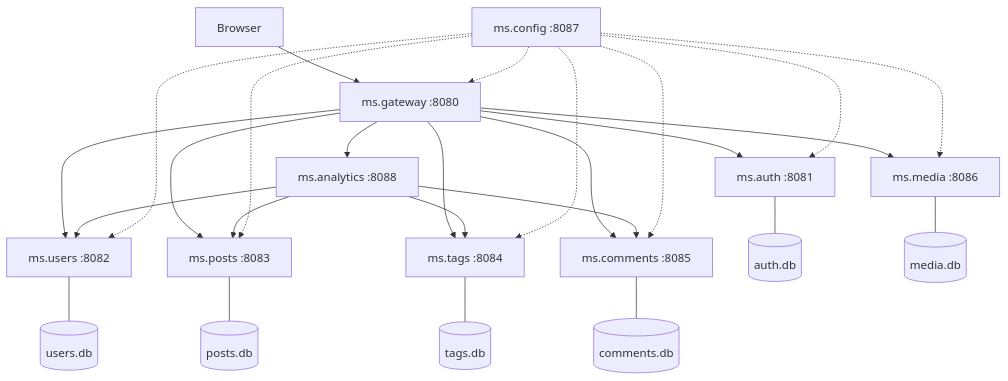
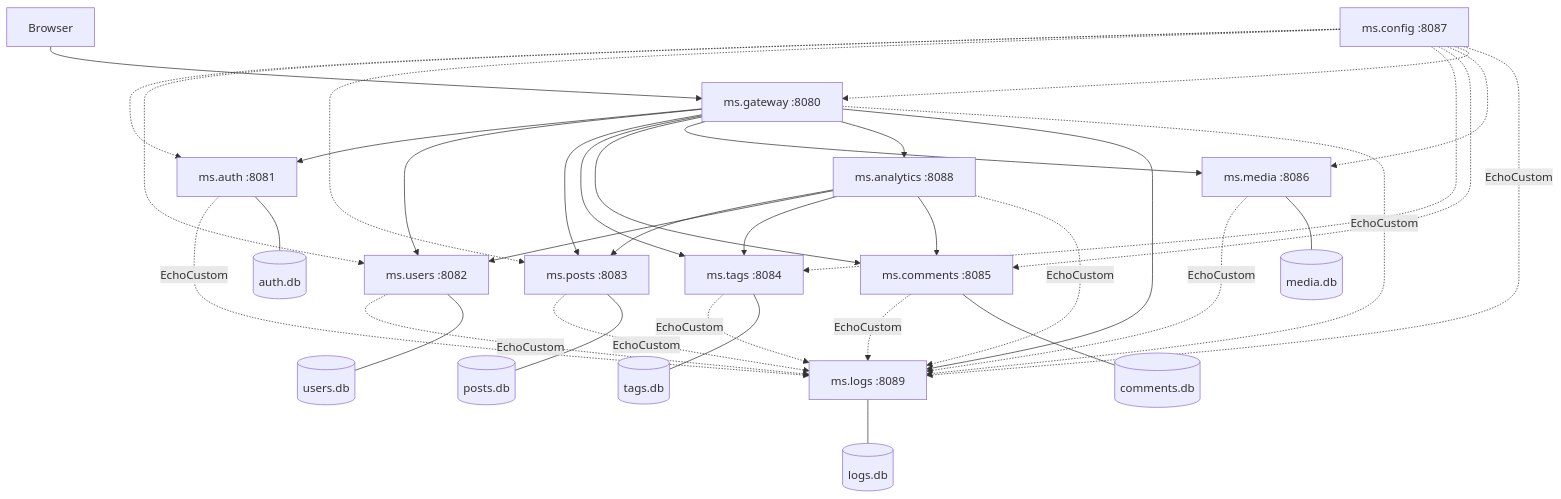
Before and after one commit to sakura1977/mormot2-microservices-blog-sample: the diagram in readme.md, drawn with Mermaid. The commit also changed other lines of this file and 9 other files, not shown here.

````diff
--- a/readme.md
+++ b/readme.md
@@ -41,28 +41,39 @@
 ```mermaid
 graph TB
     Browser --> GW[ms.gateway :8080]
     GW --> AUTH[ms.auth :8081]
     GW --> USERS[ms.users :8082]
     GW --> POSTS[ms.posts :8083]
     GW --> TAGS[ms.tags :8084]
     GW --> COMMENTS[ms.comments :8085]
     GW --> MEDIA[ms.media :8086]
     GW --> ANALYTICS[ms.analytics :8088]
+    GW --> LOGS[ms.logs :8089]
     ANALYTICS --> POSTS
     ANALYTICS --> USERS
     ANALYTICS --> TAGS
     ANALYTICS --> COMMENTS
     CONFIG[ms.config :8087] -.-> AUTH
     CONFIG -.-> USERS
     CONFIG -.-> POSTS
     CONFIG -.-> TAGS
     CONFIG -.-> COMMENTS
     CONFIG -.-> MEDIA
     CONFIG -.-> GW
+    AUTH -. EchoCustom .-> LOGS
+    USERS -. EchoCustom .-> LOGS
+    POSTS -. EchoCustom .-> LOGS
+    TAGS -. EchoCustom .-> LOGS
+    COMMENTS -. EchoCustom .-> LOGS
+    MEDIA -. EchoCustom .-> LOGS
+    ANALYTICS -. EchoCustom .-> LOGS
+    CONFIG -. EchoCustom .-> LOGS
+    GW -. EchoCustom .-> LOGS
     AUTH --- DB1[(auth.db)]
     USERS --- DB2[(users.db)]
     POSTS --- DB3[(posts.db)]
     TAGS --- DB4[(tags.db)]
     COMMENTS --- DB5[(comments.db)]
     MEDIA --- DB6[(media.db)]
+    LOGS --- DB7[(logs.db)]
 ```
````
